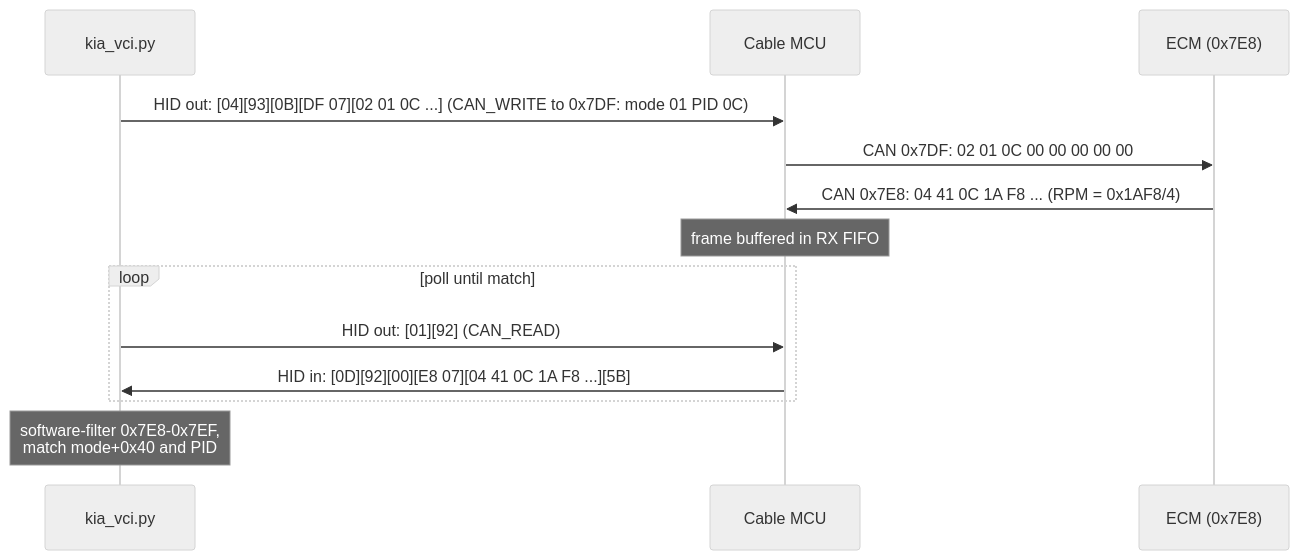
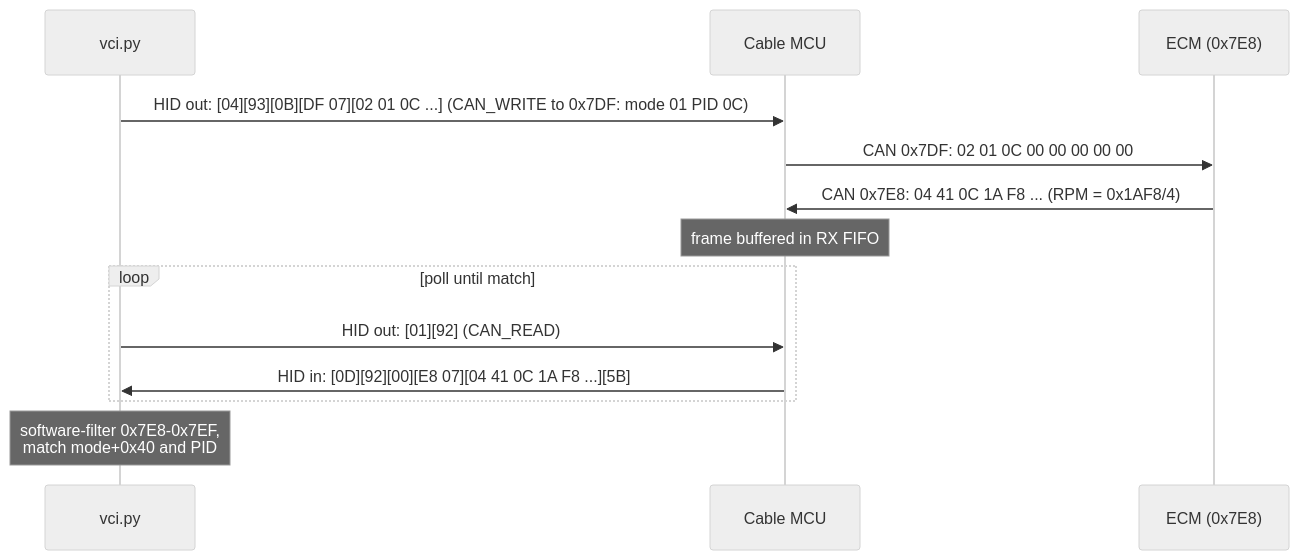
The second of 2 diagrams in docs/architecture.md (redthepro/bavtech-vci), drawn with Mermaid (neutral theme) before and after one commit. The commit also changed other lines of this file and 9 other files, not shown here.

Commit message:
Rename kia_vci.py -> vci.py (works on more than Kia now)

````diff
--- a/docs/architecture.md
+++ b/docs/architecture.md
@@ -64,15 +64,15 @@
 ```mermaid
 sequenceDiagram
-    participant S as kia_vci.py
+    participant S as vci.py
     participant C as Cable MCU
     participant E as ECM (0x7E8)
     S->>C: HID out: [04][93][0B][DF 07][02 01 0C ...]  (CAN_WRITE to 0x7DF: mode 01 PID 0C)
     C->>E: CAN 0x7DF: 02 01 0C 00 00 00 00 00
     E->>C: CAN 0x7E8: 04 41 0C 1A F8 ...  (RPM = 0x1AF8/4)
     Note over C: frame buffered in RX FIFO
     loop poll until match
         S->>C: HID out: [01][92]  (CAN_READ)
         C->>S: HID in: [0D][92][00][E8 07][04 41 0C 1A F8 ...][5B]
     end
     Note over S: software-filter 0x7E8-0x7EF,<br/>match mode+0x40 and PID
 ```
````
